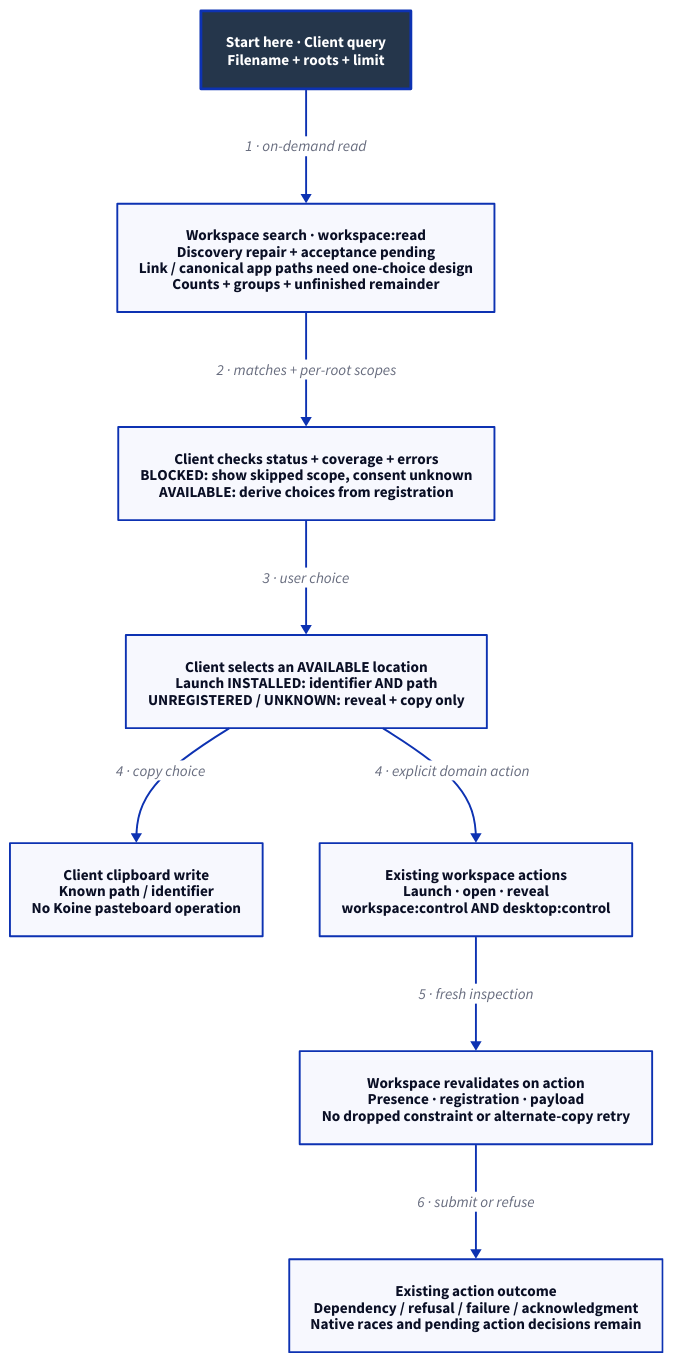
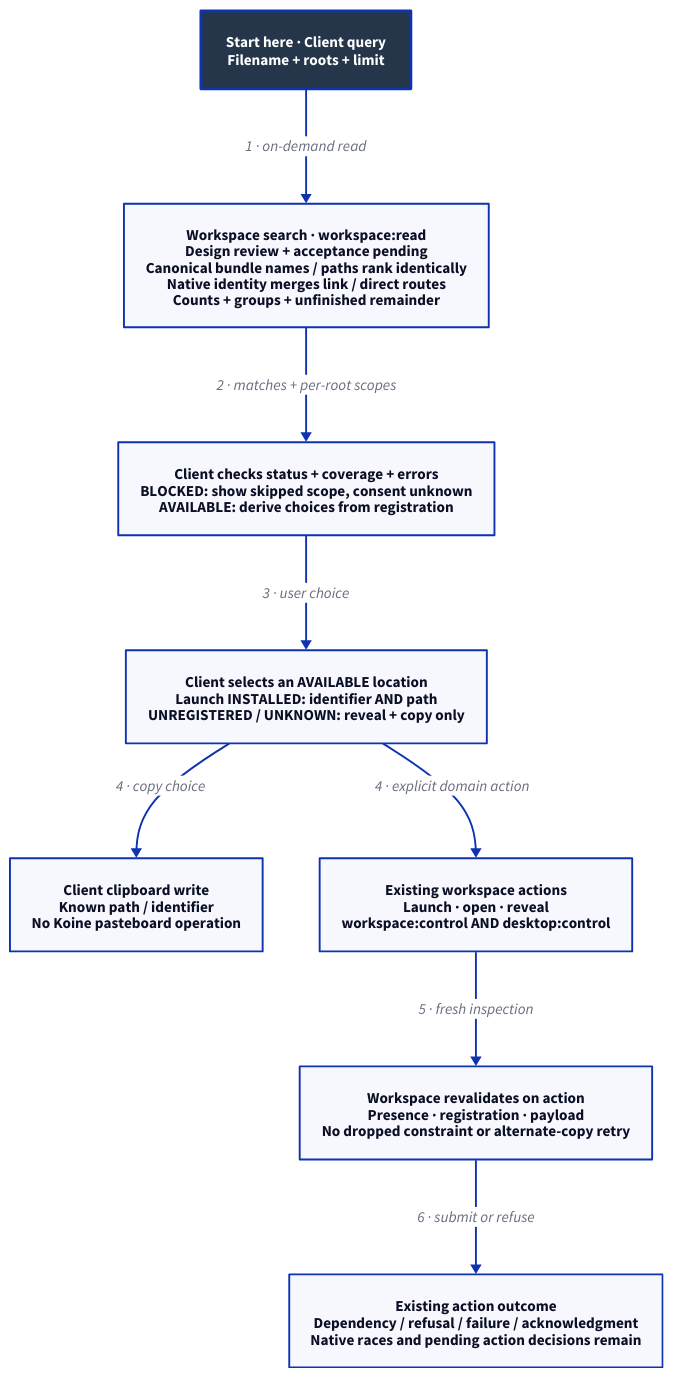
One commit to Linkuistics/Koine changed the diagram in docs/design/architecture/search-handoff.d2. Above: the diagram before and after it, drawn with D2. The commit also changed 20 other files, not shown here.

Commit message:
search-defaults-k101: design fixed-region Preboot admission, depth-first root traversal and canonical application identity; schedule search-defaults-k102 review

```diff
--- a/docs/design/architecture/search-handoff.d2
+++ b/docs/design/architecture/search-handoff.d2
@@ -1,20 +1,20 @@
 # Designed component/data handoff. Source roles, not deployment containers.
 direction: down
 classes: {
   start: {style: {fill: "#25364B"; font-color: "#FFFFFF"; bold: true; stroke-width: 3}}
 }
 Start: "Start here · Client query\nFilename + roots + limit" {class: start}
-Search: "Workspace search · workspace:read\nDiscovery repair + acceptance pending\nLink / canonical app paths need one-choice design\nCounts + groups + unfinished remainder"
+Search: "Workspace search · workspace:read\nDesign review + acceptance pending\nCanonical bundle names / paths rank identically\nNative identity merges link / direct routes\nCounts + groups + unfinished remainder"
 Choices: "Client checks status + coverage + errors\nBLOCKED: show skipped scope, consent unknown\nAVAILABLE: derive choices from registration"
 Selected: "Client selects an AVAILABLE location\nLaunch INSTALLED: identifier AND path\nUNREGISTERED / UNKNOWN: reveal + copy only"
 Clipboard: "Client clipboard write\nKnown path / identifier\nNo Koine pasteboard operation"
 Action: "Existing workspace actions\nLaunch · open · reveal\nworkspace:control AND desktop:control"
 Revalidate: "Workspace revalidates on action\nPresence · registration · payload\nNo dropped constraint or alternate-copy retry"
 Outcome: "Existing action outcome\nDependency / refusal / failure / acknowledgment\nNative races and pending action decisions remain"
 Start -> Search: "1 · on-demand read"
 Search -> Choices: "2 · matches + per-root scopes"
 Choices -> Selected: "3 · user choice"
 Selected -> Clipboard: "4 · copy choice"
 Selected -> Action: "4 · explicit domain action"
 Action -> Revalidate: "5 · fresh inspection"
 Revalidate -> Outcome: "6 · submit or refuse"
```
